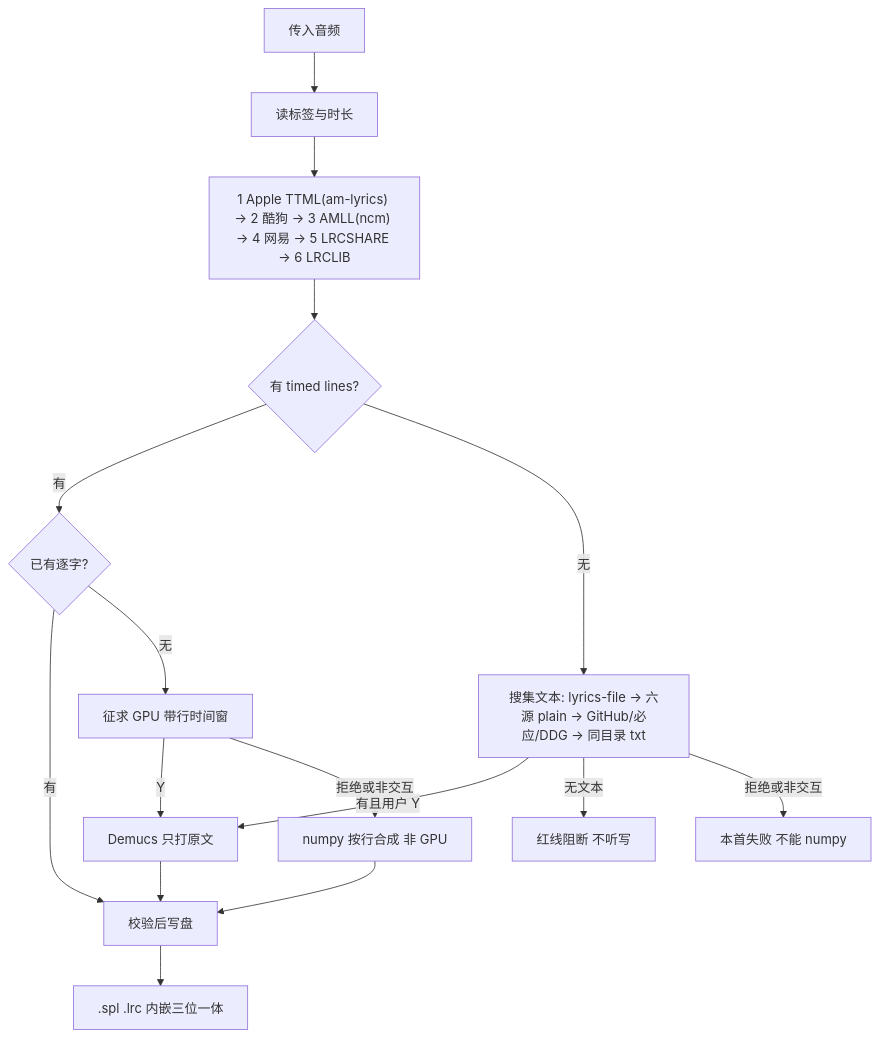
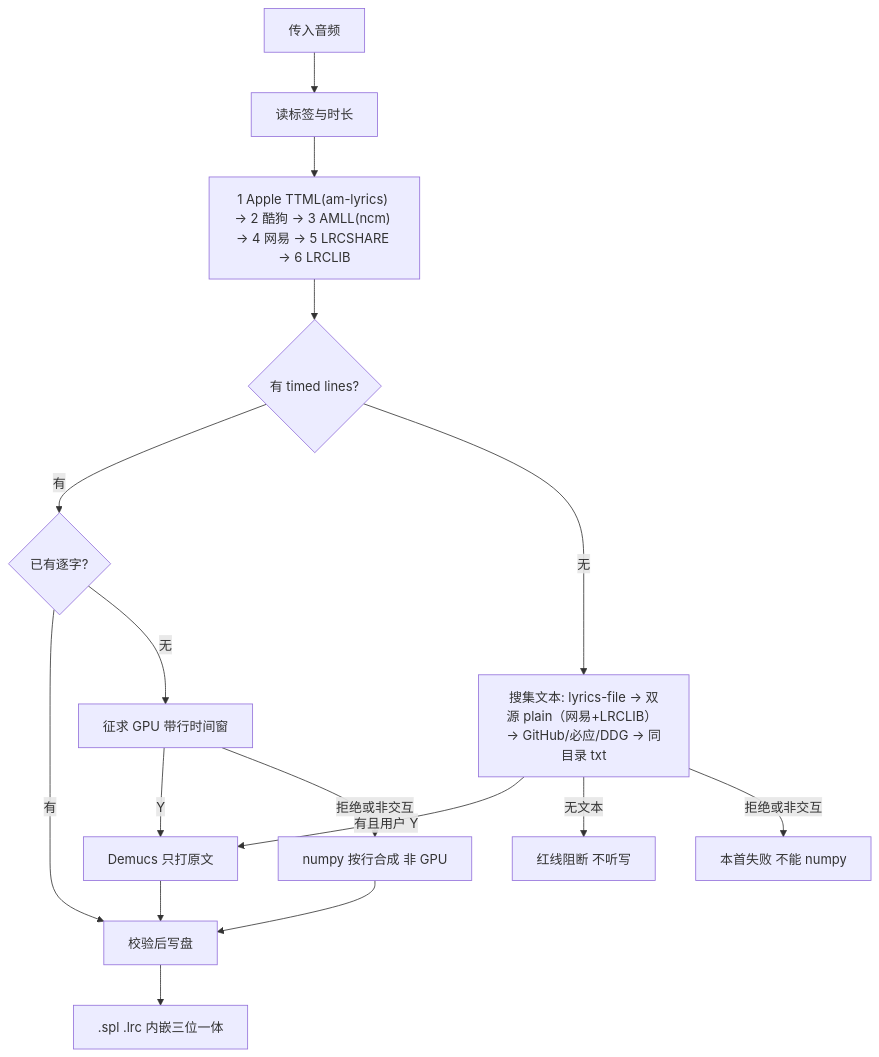
Before and after one commit to sxsxhhi/music-tag-lyrics: the diagram in SKILL.md, drawn with Mermaid. The commit also changed other lines of this file and 34 other files, not shown here.

````diff
--- a/SKILL.md
+++ b/SKILL.md
@@ -16,18 +16,18 @@
 ```mermaid
 flowchart TD
   Start[传入音频] --> Read[读标签与时长]
   Read --> Ladder["1 Apple TTML(am-lyrics) → 2 酷狗 → 3 AMLL(ncm) → 4 网易 → 5 LRCSHARE → 6 LRCLIB"]
   Ladder --> HasLines{有 timed lines?}
   HasLines -->|有| Words{已有逐字?}
   Words -->|有| Valid[校验后写盘]
   Words -->|无| AskLine[征求 GPU 带行时间窗]
   AskLine -->|Y| GPU[Demucs 只打原文]
   AskLine -->|拒绝或非交互| Synth[numpy 按行合成 非 GPU]
-  HasLines -->|无| Text["搜集文本: lyrics-file → 六源 plain → GitHub/必应/DDG → 同目录 txt"]
+  HasLines -->|无| Text["搜集文本: lyrics-file → 双源 plain（网易+LRCLIB） → GitHub/必应/DDG → 同目录 txt"]
   Text -->|有且用户 Y| GPU
   Text -->|无文本| Block[红线阻断 不听写]
   Text -->|拒绝或非交互| Fail[本首失败 不能 numpy]
   GPU --> Valid
   Synth --> Valid
   Valid --> Out[".spl .lrc 内嵌三位一体"]
 ```
````
